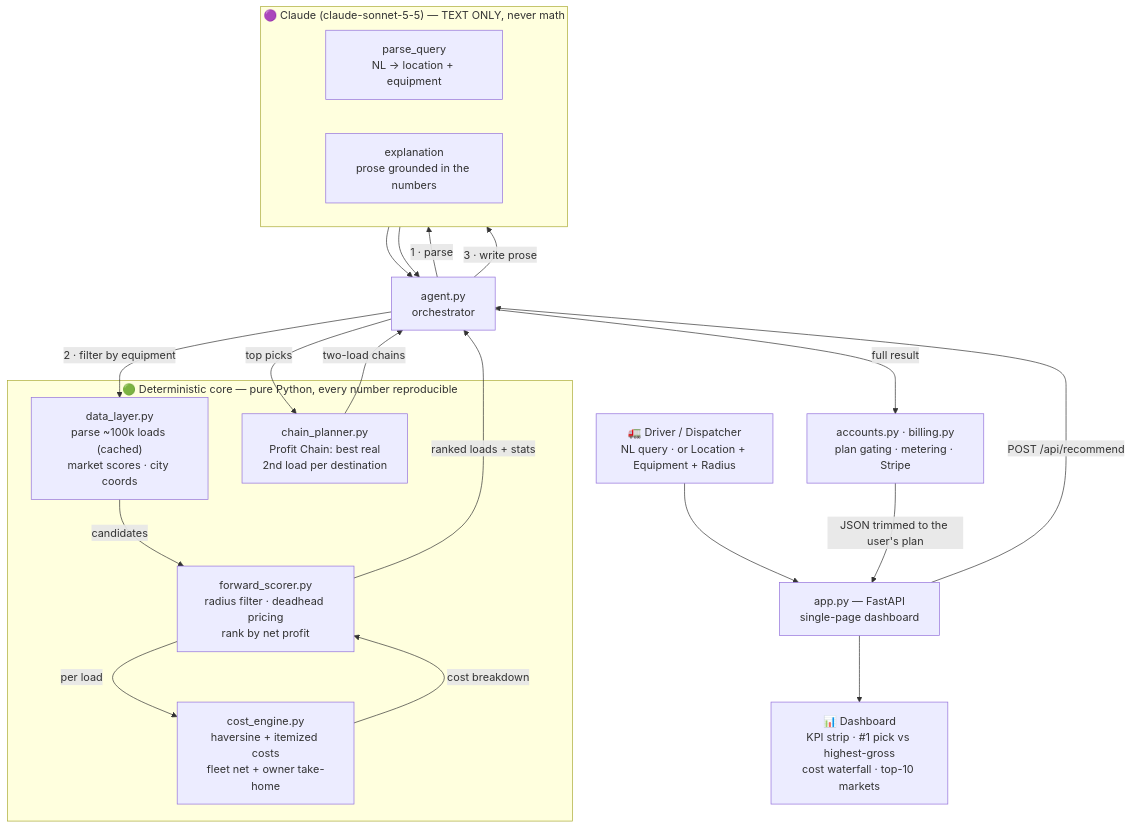
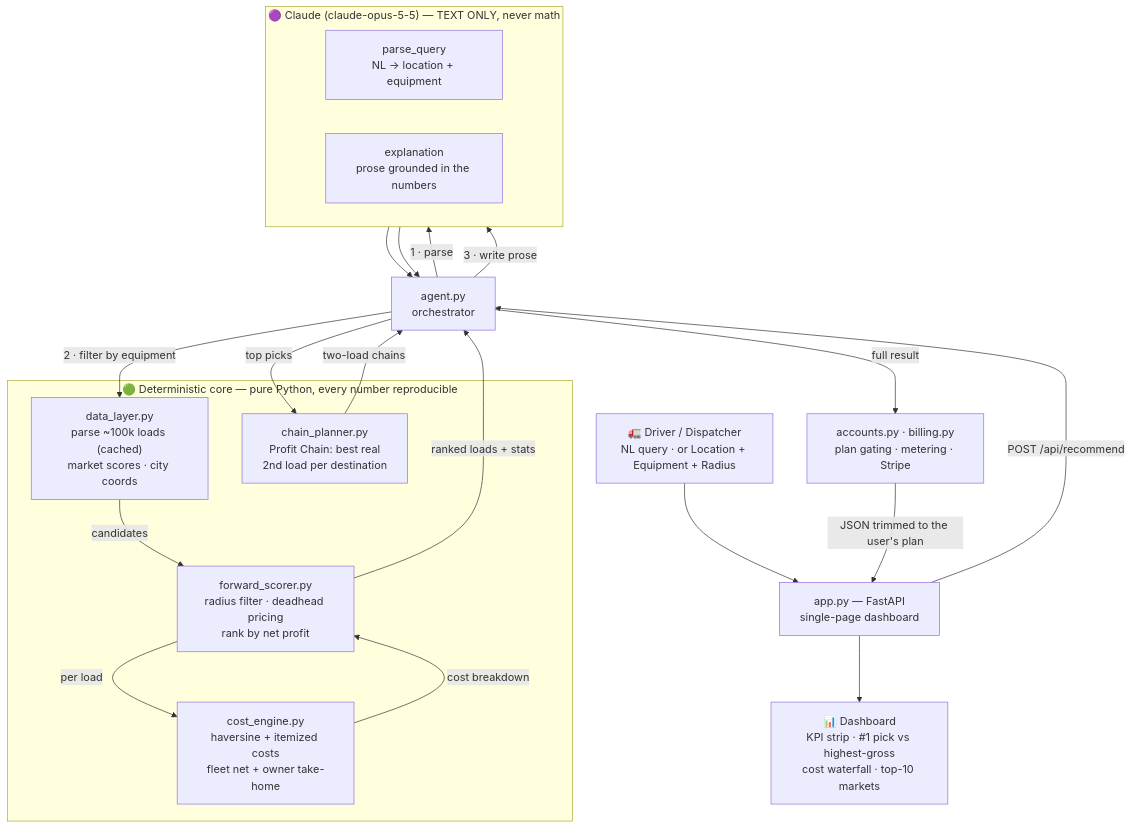
The diagram in README.md (rohitdvv/profitlane), drawn with Mermaid before and after one commit. The commit also changed other lines of this file and 17 other files, not shown here.

````diff
--- a/README.md
+++ b/README.md
@@ -34,35 +54,35 @@
 ```mermaid
 flowchart TD
     U["🚛 Driver / Dispatcher<br/>NL query · or Location + Equipment + Radius"] --> APP["app.py — FastAPI<br/>single-page dashboard"]
     APP -->|"POST /api/recommend"| AG["agent.py<br/>orchestrator"]
 
-    subgraph LLM["🟣 Claude (claude-sonnet-5-5) — TEXT ONLY, never math"]
+    subgraph LLM["🟣 Claude (claude-opus-5-5) — TEXT ONLY, never math"]
       direction LR
       P["parse_query<br/>NL → location + equipment"]
       E["explanation<br/>prose grounded in the numbers"]
     end
 
     subgraph DET["🟢 Deterministic core — pure Python, every number reproducible"]
       DL["data_layer.py<br/>parse ~100k loads (cached)<br/>market scores · city coords"]
       FS["forward_scorer.py<br/>radius filter · deadhead pricing<br/>rank by net profit"]
       CE["cost_engine.py<br/>haversine + itemized costs<br/>fleet net + owner take-home"]
       CP["chain_planner.py<br/>Profit Chain: best real<br/>2nd load per destination"]
     end
 
     GATE["accounts.py · billing.py<br/>plan gating · metering · Stripe"]
 
     AG -->|"1 · parse"| P
     P --> AG
     AG -->|"2 · filter by equipment"| DL
     DL -->|"candidates"| FS
     FS -->|"per load"| CE
     CE -->|"cost breakdown"| FS
     FS -->|"ranked loads + stats"| AG
     AG -->|"top picks"| CP
     CP -->|"two-load chains"| AG
     AG -->|"3 · write prose"| E
     E --> AG
     AG -->|"full result"| GATE
     GATE -->|"JSON trimmed to the user's plan"| APP
     APP --> OUT["📊 Dashboard<br/>KPI strip · #1 pick vs highest-gross<br/>cost waterfall · top-10 markets"]
 ```
````
